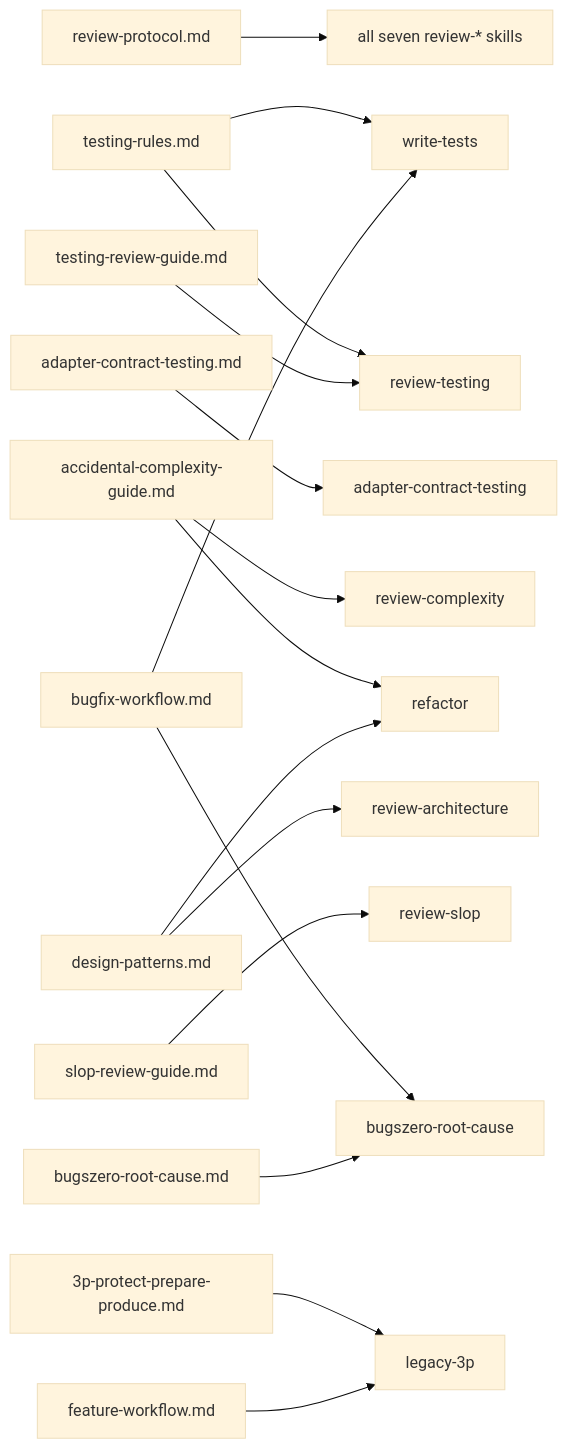
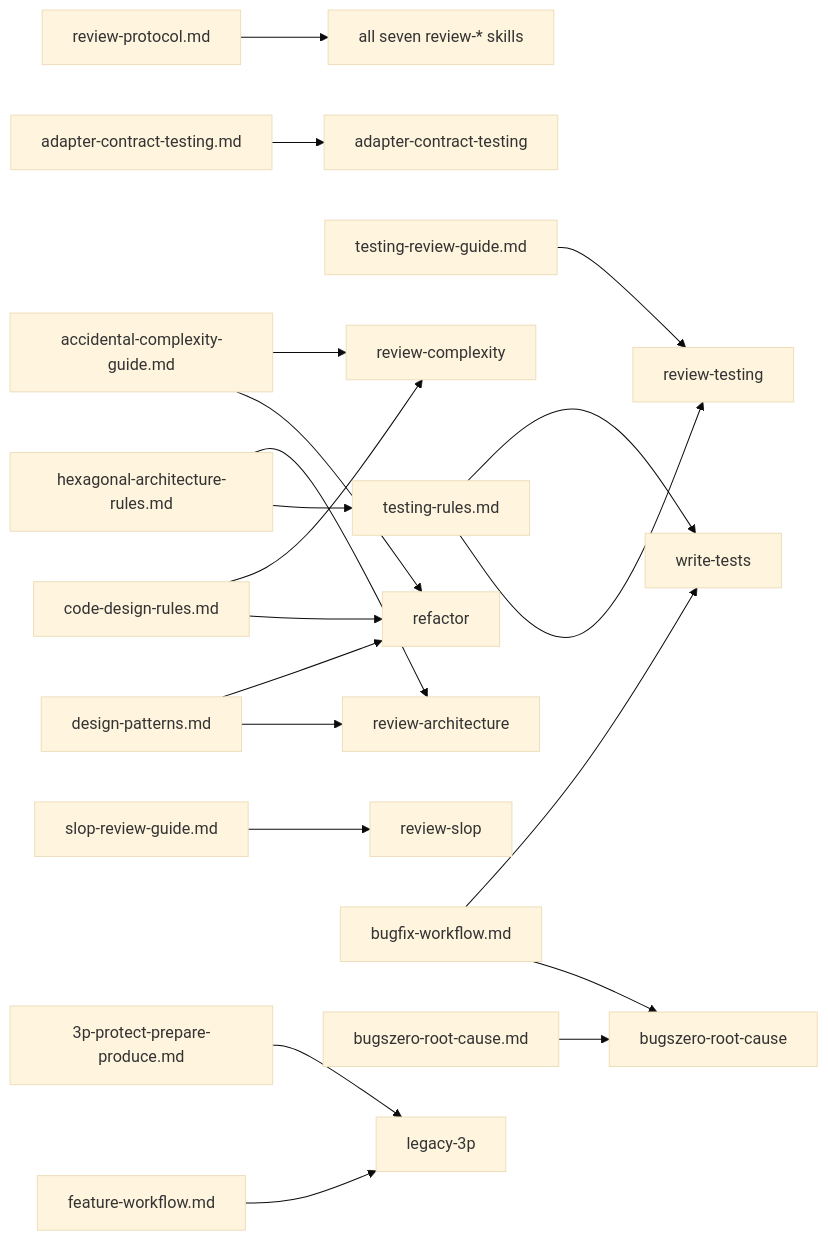
Before and after one commit to unlockers-ai/unlockers-skills-library: the third of 3 diagrams in diagrams/library-map.md, drawn with Mermaid (base theme). The commit also changed 14 other files, not shown here.

First line of the commit message:
Add code-design and hexagonal rules; teach the complexity guide its tools

````diff
--- a/diagrams/library-map.md
+++ b/diagrams/library-map.md
@@ -97,18 +97,22 @@
 ```mermaid
 flowchart LR
     RP[review-protocol.md] --> ALLREV[all seven review-* skills]
     TR[testing-rules.md] --> WT[write-tests]
     TR --> RT[review-testing]
     TRG[testing-review-guide.md] --> RT
     ACTD[adapter-contract-testing.md] --> ACT[adapter-contract-testing]
     ACG[accidental-complexity-guide.md] --> RC[review-complexity]
     ACG --> RF[refactor]
     DP[design-patterns.md] --> RF
     DP --> RA[review-architecture]
     SRG[slop-review-guide.md] --> RSL[review-slop]
+    CDR[code-design-rules.md] --> RC
+    CDR --> RF
+    HAR[hexagonal-architecture-rules.md] --> RA
+    HAR --> TR
     BFD[bugfix-workflow.md] --> WT
     BFD --> BZS[bugszero-root-cause]
     BZD[bugszero-root-cause.md] --> BZS
     P3[3p-protect-prepare-produce.md] --> L3[legacy-3p]
     FW[feature-workflow.md] --> L3
 ```
````
